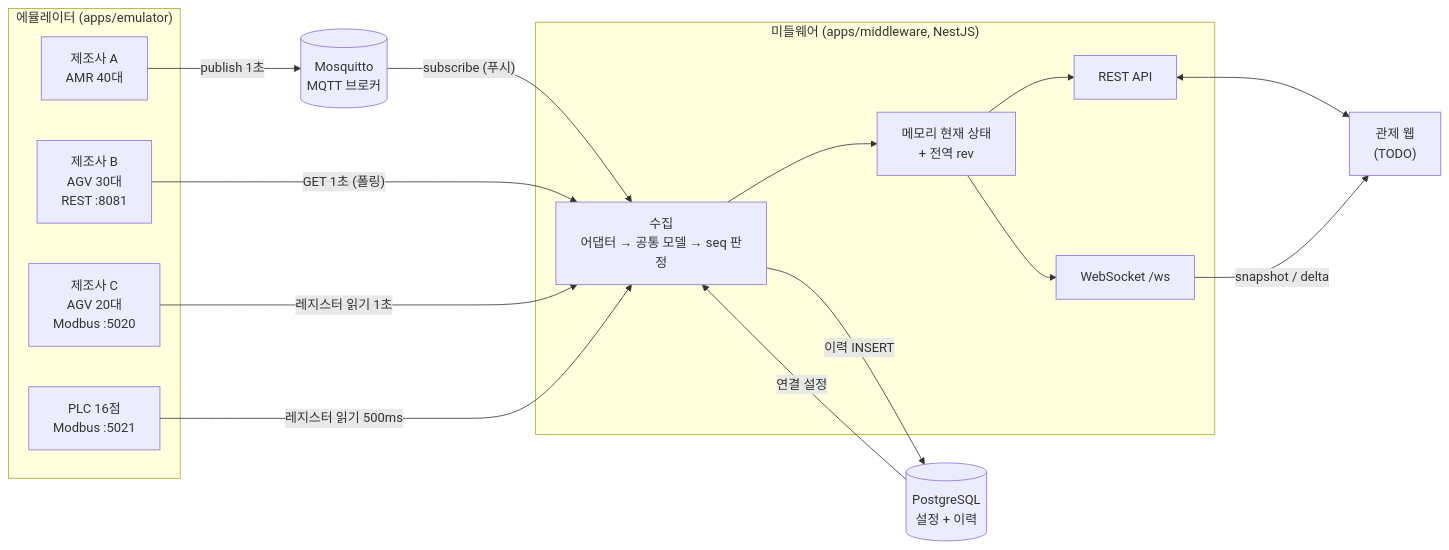
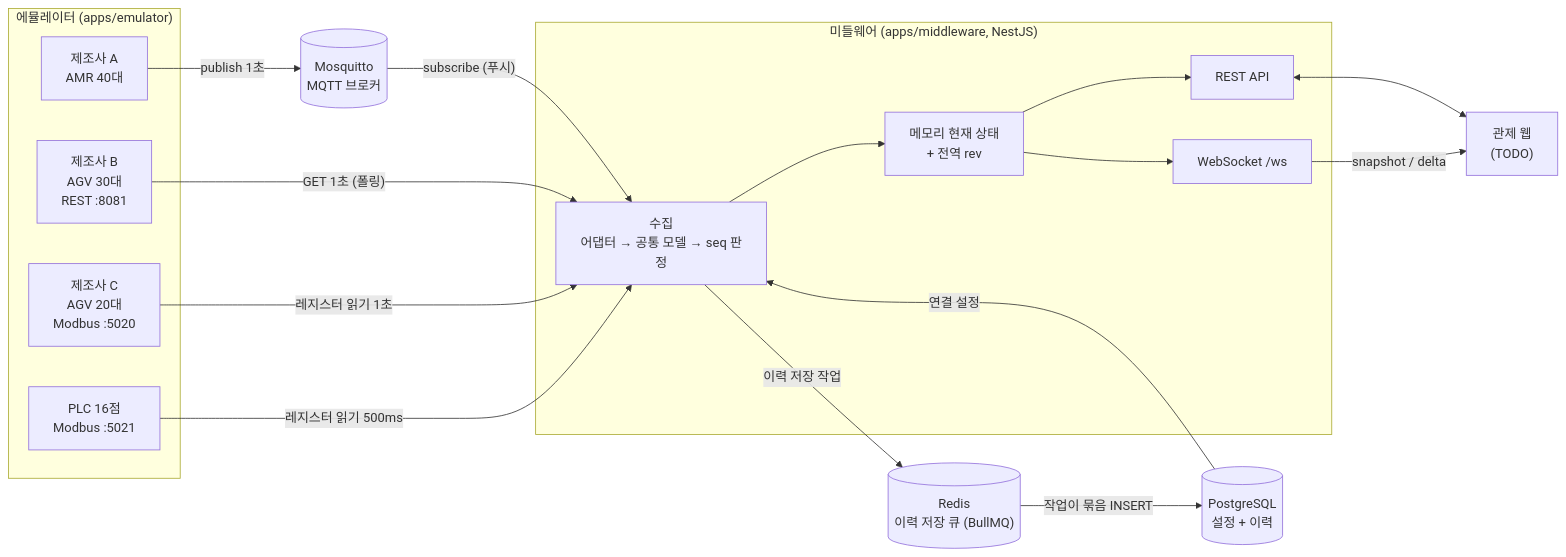
One commit to dksalsgus/agv-amr-control-middleware changed the first of 6 diagrams in README.md. Above: the diagram before and after it, drawn with Mermaid. The commit also changed other lines of this file and 2 other files, not shown here.

First line of the commit message:
docs: Redis 이력 저장 큐를 compose와 문서에 반영

````diff
--- a/README.md
+++ b/README.md
@@ -108,33 +109,34 @@
 ```mermaid
 flowchart LR
   subgraph EMU["에뮬레이터 (apps/emulator)"]
     A["제조사 A<br/>AMR 40대"]
     B["제조사 B<br/>AGV 30대<br/>REST :8081"]
     C["제조사 C<br/>AGV 20대<br/>Modbus :5020"]
     P["PLC 16점<br/>Modbus :5021"]
   end
 
   MQ[("Mosquitto<br/>MQTT 브로커")]
 
   subgraph MW["미들웨어 (apps/middleware, NestJS)"]
     ING["수집<br/>어댑터 → 공통 모델 → seq 판정"]
     MEM["메모리 현재 상태<br/>+ 전역 rev"]
     API["REST API"]
     WS["WebSocket /ws"]
   end
 
   DB[("PostgreSQL<br/>설정 + 이력")]
+  RQ[("Redis<br/>이력 저장 큐 (BullMQ)")]
   WEB["관제 웹<br/>(TODO)"]
 
   A -- "publish 1초" --> MQ -- "subscribe (푸시)" --> ING
   B -- "GET 1초 (폴링)" --> ING
   C -- "레지스터 읽기 1초" --> ING
   P -- "레지스터 읽기 500ms" --> ING
   ING --> MEM
-  ING -- "이력 INSERT" --> DB
+  ING -- "이력 저장 작업" --> RQ -- "작업이 묶음 INSERT" --> DB
   DB -- "연결 설정" --> ING
   MEM --> API
   MEM --> WS
   API <--> WEB
   WS -- "snapshot / delta" --> WEB
 ```
````
